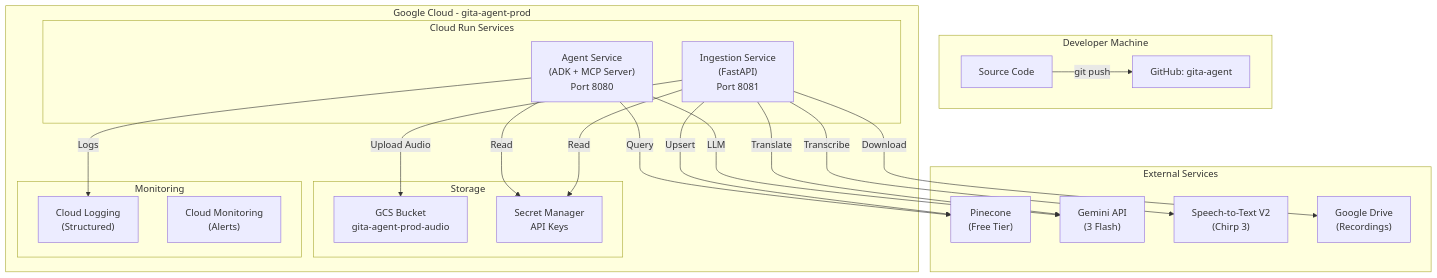
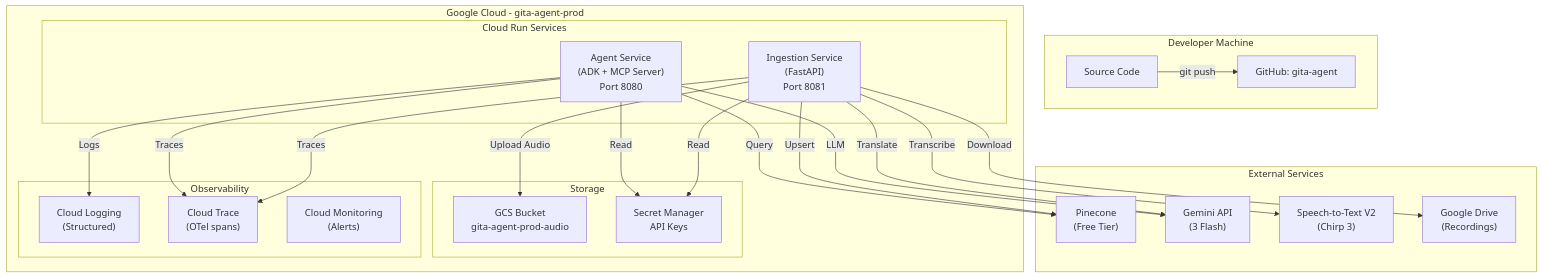
One commit to udayauma/gita-agent changed the fourth of 4 diagrams in docs/detailed_technical_design.md. Above: the diagram before and after it, drawn with Mermaid. The commit also changed other lines of this file and 2 other files, not shown here.

First line of the commit message:
Architecture review: add observability phase, switch eval to ADK AgentEvaluator

````diff
--- a/docs/detailed_technical_design.md
+++ b/docs/detailed_technical_design.md
@@ -448,41 +448,44 @@
 ```mermaid
 graph TD
     subgraph "Developer Machine"
         Code[Source Code] -->|git push| GH[GitHub: gita-agent]
     end
 
     subgraph "Google Cloud - gita-agent-prod"
         subgraph "Cloud Run Services"
             AgentSvc["Agent Service<br/>(ADK + MCP Server)<br/>Port 8080"]
             IngestSvc["Ingestion Service<br/>(FastAPI)<br/>Port 8081"]
         end
 
         subgraph "Storage"
             GCS_Audio["GCS Bucket<br/>gita-agent-prod-audio"]
             SM["Secret Manager<br/>API Keys"]
         end
 
-        subgraph "Monitoring"
+        subgraph "Observability"
             CL["Cloud Logging<br/>(Structured)"]
+            CT["Cloud Trace<br/>(OTel spans)"]
             CM["Cloud Monitoring<br/>(Alerts)"]
         end
     end
 
     subgraph "External Services"
         Pinecone["Pinecone<br/>(Free Tier)"]
         Gemini["Gemini API<br/>(3 Flash)"]
         STT["Speech-to-Text V2<br/>(Chirp 3)"]
         GDrive["Google Drive<br/>(Recordings)"]
     end
 
     AgentSvc -->|Query| Pinecone
     AgentSvc -->|LLM| Gemini
     AgentSvc -->|Logs| CL
+    AgentSvc -->|Traces| CT
+    IngestSvc -->|Traces| CT
     IngestSvc -->|Download| GDrive
     IngestSvc -->|Upload Audio| GCS_Audio
     IngestSvc -->|Transcribe| STT
     IngestSvc -->|Translate| Gemini
     IngestSvc -->|Upsert| Pinecone
     AgentSvc -->|Read| SM
     IngestSvc -->|Read| SM
 ```
````
